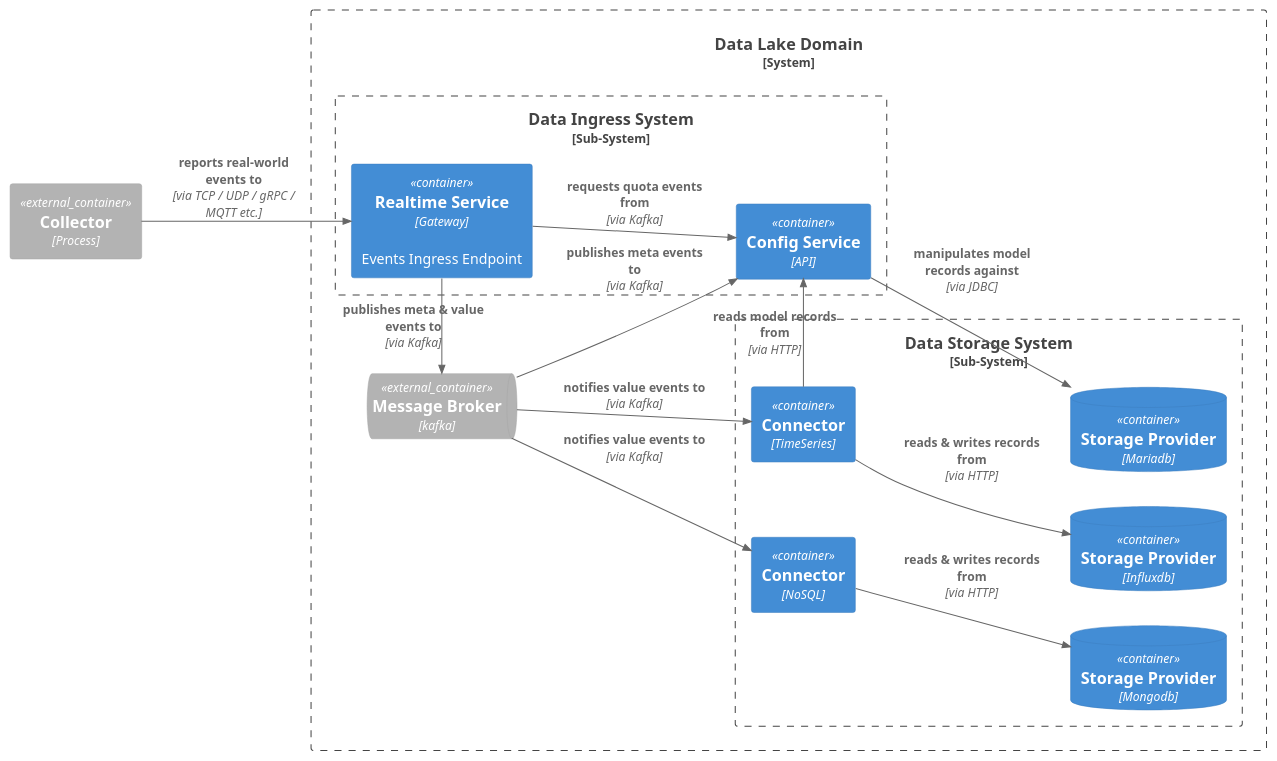
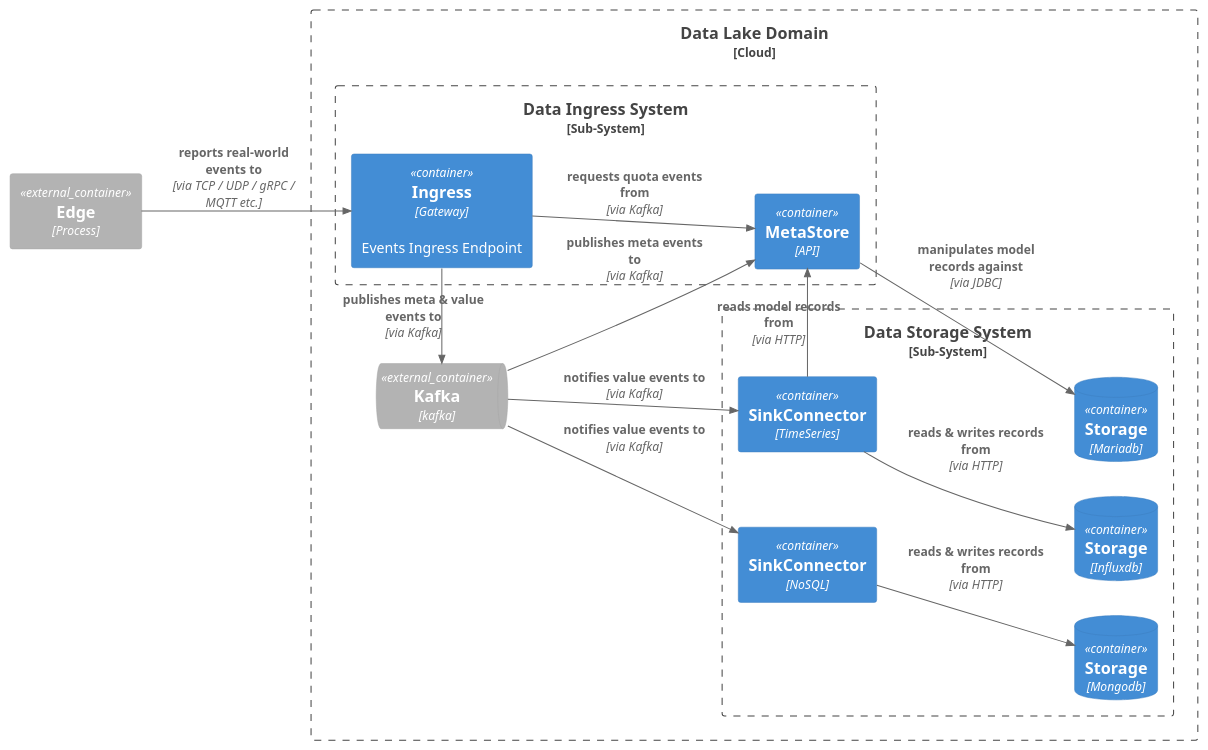
The diagram in c4model/digital_factory/platform/datalake/ContainerForIngressAndStorage.puml (zhangli2946/skills), drawn with PlantUML before and after one commit. The commit also changed 1 other file, not shown here.

Commit message:
change name of the container

```diff
--- a/c4model/digital_factory/platform/datalake/ContainerForIngressAndStorage.puml
+++ b/c4model/digital_factory/platform/datalake/ContainerForIngressAndStorage.puml
@@ -1,39 +1,39 @@
 @startuml
 !include https://raw.githubusercontent.com/plantuml-stdlib/C4-PlantUML/master/C4_Container.puml
+'!include <C4/C4_Container>
 
 LAYOUT_LANDSCAPE()
-Container_Ext(collector, "Collector", "Process")
+Container_Ext(collector, "Edge", "Process")
 
-System_Boundary(lake, "Data Lake Domain"){
+Boundary(lake, "Data Lake Domain", "Cloud"){
 
-    ContainerQueue_Ext(kafka, "Message Broker", "kafka", "")
-    Boundary(ingress, "Data Ingress System","Sub-System"){
-        Container(config, "Config Service", "API", "")
-        Rel(kafka, config, "publishes meta events to","via Kafka","")
+    ContainerQueue_Ext(kafka, "Kafka", "kafka", "")
+    Boundary(ingress, "Data Ingress System", "Sub-System"){
+        Container(config, "MetaStore", "API", "")
+        Rel(kafka, config, "publishes meta events to", "via Kafka", "")
 
-        Container(realtime, "Realtime Service", "Gateway", "Events Ingress Endpoint")
-        Rel(collector, realtime, "reports real-world events to","via TCP / UDP / gRPC / MQTT etc.")
+        Container(realtime, "Ingress", "Gateway", "Events Ingress Endpoint")
+        Rel(collector, realtime, "reports real-world events to", "via TCP / UDP / gRPC / MQTT etc.")
         Rel(realtime, kafka, "publishes meta & value events to", "via Kafka")
         Rel(realtime, config, "requests quota events from", "via Kafka")
     }
 
-    Boundary(persist, "Data Storage System","Sub-System"){
-        ContainerDb(mariadb, "Storage Provider", "Mariadb", "")
-        Rel(config, mariadb,"manipulates model records against","via JDBC")
+    Boundary(persist, "Data Storage System", "Sub-System"){
+        ContainerDb(mariadb, "Storage", "Mariadb", "")
+        Rel(config, mariadb,"manipulates model records against", "via JDBC")
 
-        ContainerDb(mongo, "Storage Provider", "Mongodb", "")
-        ContainerDb(influx, "Storage Provider", "Influxdb", "")
+        ContainerDb(mongodb, "Storage", "Mongodb", "")
+        ContainerDb(influx, "Storage", "Influxdb", "")
         Lay_R(mariadb, influx)
 
-        Container(archive_t, "Connector","TimeSeries","")
-        Rel(archive_t, influx, "reads & writes records from ","via HTTP")
-        Rel(kafka, archive_t, "notifies value events to","via Kafka")
-        Rel(archive_t, config, "reads model records from ","via HTTP")
+        Container(archive_t, "SinkConnector", "TimeSeries", "")
+        Rel(archive_t, influx, "reads & writes records from ", "via HTTP")
+        Rel(kafka, archive_t, "notifies value events to", "via Kafka")
+        Rel(archive_t, config, "reads model records from ", "via HTTP")
 
-        Container(archive_n, "Connector","NoSQL","")
-        Rel(archive_n, mongo, "reads & writes records from ","via HTTP")
-        Rel(kafka, archive_n, "notifies value events to","via Kafka")
+        Container(archive_n, "SinkConnector", "NoSQL", "")
+        Rel(archive_n, mongodb, "reads & writes records from ", "via HTTP")
+        Rel(kafka, archive_n, "notifies value events to", "via Kafka")
     }
 }
-
 @enduml
```
